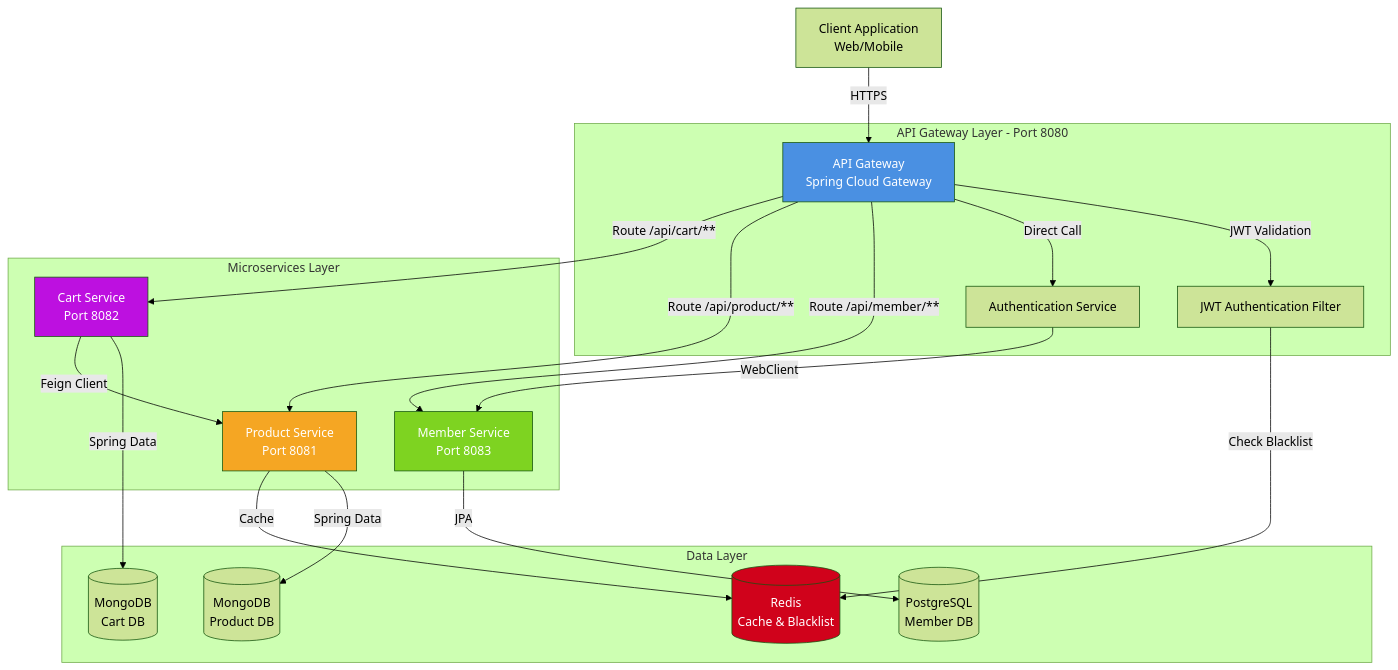
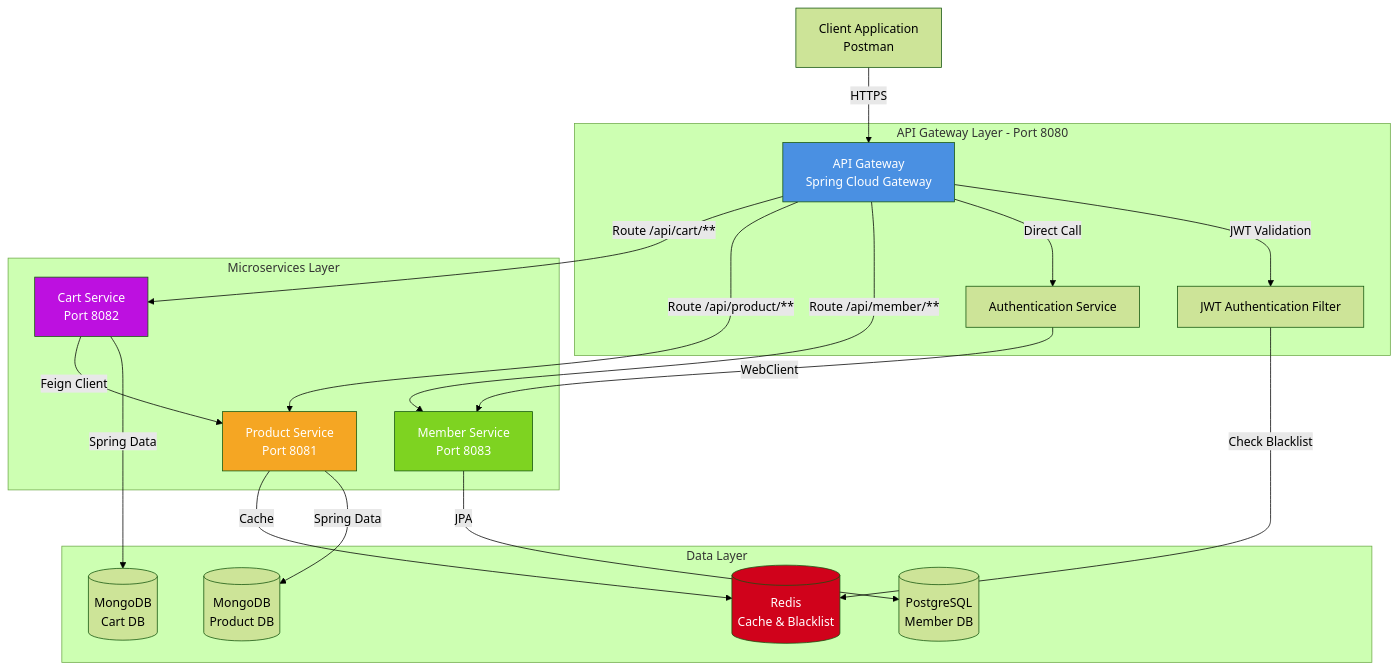
One commit to gdncomm-harikrishnan-b/training-project-2025-11-Harikrishnan changed the first of 13 diagrams in Project_Overview_Google.md. Above: the diagram before and after it, drawn with Mermaid (forest theme). The commit also changed 3 other files, not shown here.

````diff
--- a/Project_Overview_Google.md
+++ b/Project_Overview_Google.md
@@ -41,45 +41,45 @@
 ```mermaid
 graph TB
-    Client[Client Application<br/>Web/Mobile]
+    Client[Client Application<br/>Postman]
     
     subgraph "API Gateway Layer - Port 8080"
         Gateway[API Gateway<br/>Spring Cloud Gateway]
         JwtFilter[JWT Authentication Filter]
         AuthService[Authentication Service]
     end
     
     subgraph "Microservices Layer"
         Member[Member Service<br/>Port 8083]
         Product[Product Service<br/>Port 8081]
         Cart[Cart Service<br/>Port 8082]
     end
     
     subgraph "Data Layer"
         PostgreSQL[(PostgreSQL<br/>Member DB)]
         MongoDB1[(MongoDB<br/>Product DB)]
         MongoDB2[(MongoDB<br/>Cart DB)]
         Redis[(Redis<br/>Cache & Blacklist)]
     end
     
     Client -->|HTTPS| Gateway
     Gateway -->|JWT Validation| JwtFilter
     JwtFilter -->|Check Blacklist| Redis
     Gateway -->|Direct Call| AuthService
     AuthService -->|WebClient| Member
     
     Gateway -->|Route /api/member/**| Member
     Gateway -->|Route /api/product/**| Product
     Gateway -->|Route /api/cart/**| Cart
     
     Member -->|JPA| PostgreSQL
     Product -->|Spring Data| MongoDB1
     Product -->|Cache| Redis
     Cart -->|Spring Data| MongoDB2
     Cart -->|Feign Client| Product
     
     style Gateway fill:#4A90E2,color:#fff
     style Member fill:#7ED321,color:#fff
     style Product fill:#F5A623,color:#fff
     style Cart fill:#BD10E0,color:#fff
     style Redis fill:#D0021B,color:#fff
 ```
````
